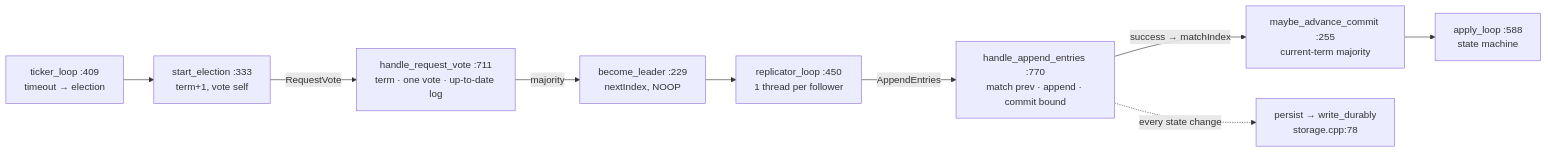
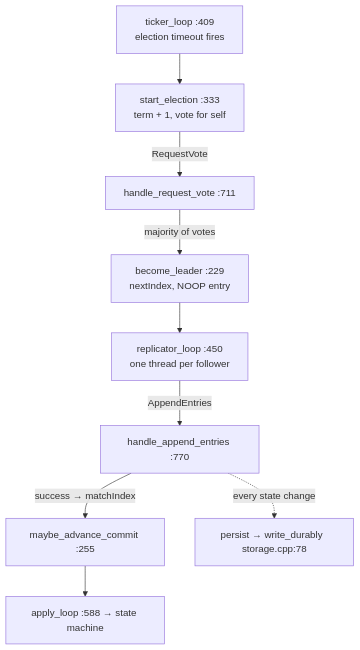
Before and after one commit to jayavardhan-g/projects-vault: the first of 5 diagrams in Interview prep/Days/Day 14 - Raft.md, drawn with Mermaid. The commit also changed other lines of this file and 12 other files, not shown here.

First line of the commit message:
projects: Days 2-14 "Code, explained": full-width top-to-bottom diagrams, a figure per section, and a step-by-step flow per day

````diff
--- a/Interview prep/Days/Day 14 - Raft.md
+++ b/Interview prep/Days/Day 14 - Raft.md
@@ -115,11 +115,11 @@
 ```mermaid
-flowchart LR
-  TK["ticker_loop :409<br/>timeout → election"] --> SE["start_election :333<br/>term+1, vote self"]
-  SE -->|"RequestVote"| RV["handle_request_vote :711<br/>term · one vote · up-to-date log"]
-  RV -->|"majority"| BL["become_leader :229<br/>nextIndex, NOOP"]
-  BL --> RP["replicator_loop :450<br/>1 thread per follower"]
-  RP -->|"AppendEntries"| AE["handle_append_entries :770<br/>match prev · append · commit bound"]
-  AE -->|"success → matchIndex"| MC["maybe_advance_commit :255<br/>current-term majority"]
-  MC --> AP["apply_loop :588<br/>state machine"]
-  AE -.->|"every state change"| PS["persist → write_durably<br/>storage.cpp:78"]
+flowchart TB
+  TK["ticker_loop :409<br/>election timeout fires"] --> SE["start_election :333<br/>term + 1, vote for self"]
+  SE -->|"RequestVote"| RV["handle_request_vote :711"]
+  RV -->|"majority of votes"| BL["become_leader :229<br/>nextIndex, NOOP entry"]
+  BL --> RP["replicator_loop :450<br/>one thread per follower"]
+  RP -->|"AppendEntries"| AE["handle_append_entries :770"]
+  AE -->|"success → matchIndex"| MC["maybe_advance_commit :255"]
+  MC --> AP["apply_loop :588 → state machine"]
+  AE -.->|"every state change"| PS["persist → write_durably  storage.cpp:78"]
 ```
````
